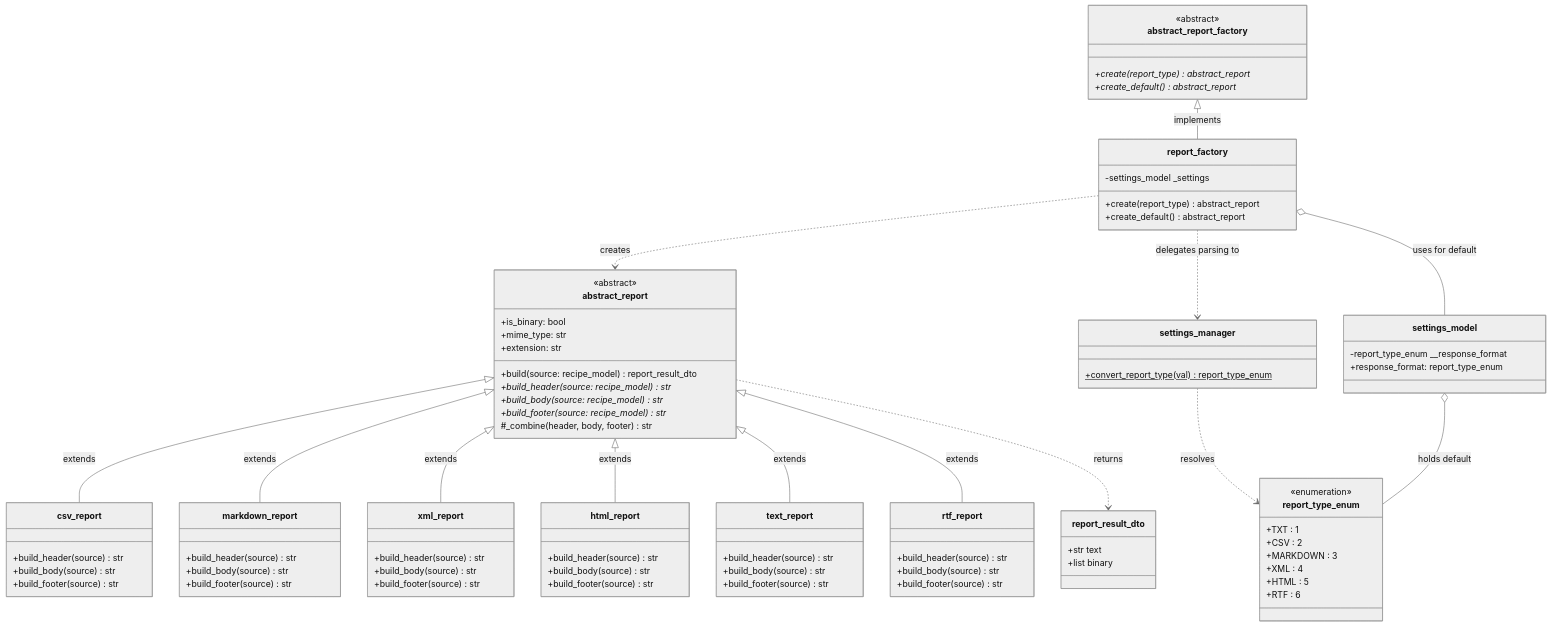
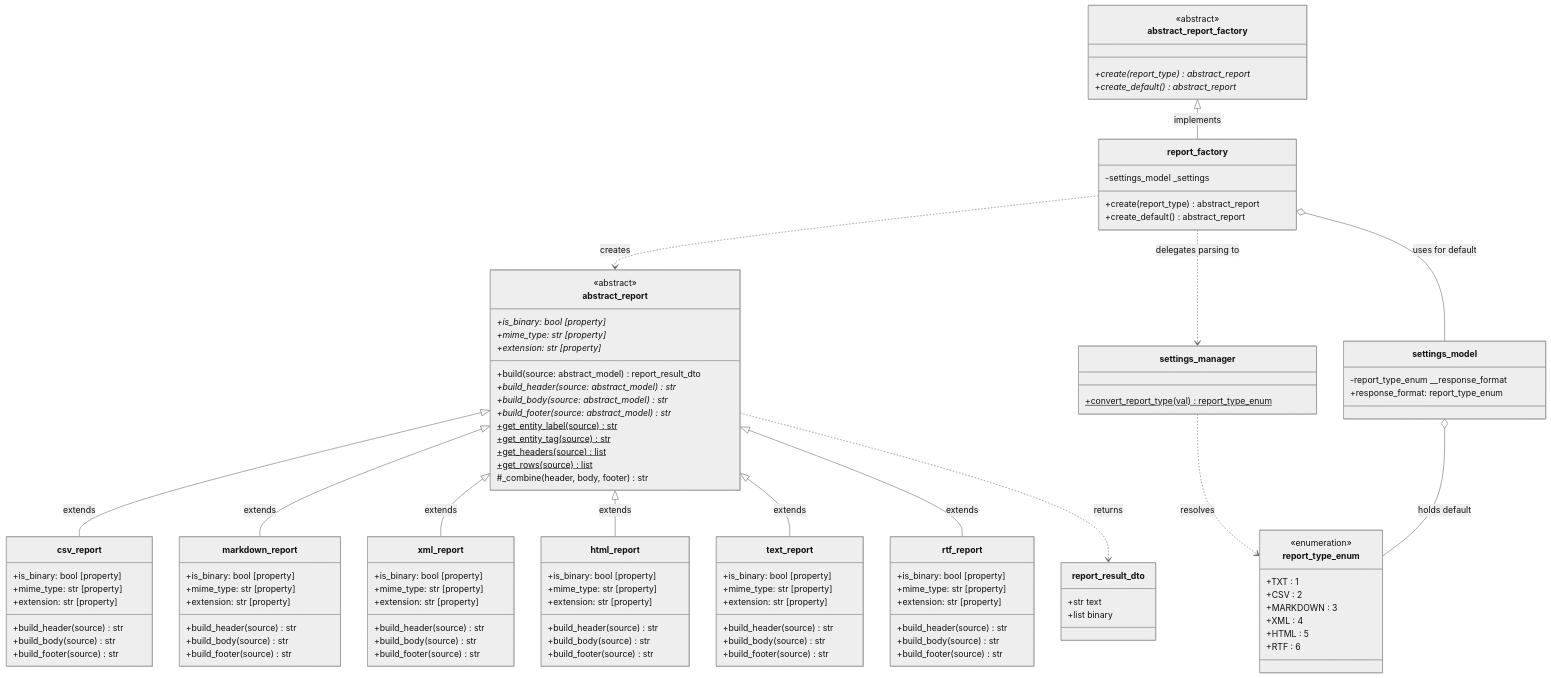
Before and after one commit to Turik06/Patterns_Suleymanov: the first of 2 diagrams in Docs/ReportFactory.md, drawn with Mermaid (neutral theme). The commit also changed other lines of this file and 11 other files, not shown here.

Commit message:
implement universal entity reporting, property-based report attributes, and extended API endpoints

```diff
--- a/Docs/ReportFactory.md
+++ b/Docs/ReportFactory.md
@@ -38,47 +38,69 @@
 
     class abstract_report {
         <<abstract>>
-        +is_binary: bool
-        +mime_type: str
-        +extension: str
-        +build(source: recipe_model) report_result_dto
-        +build_header(source: recipe_model)* str
-        +build_body(source: recipe_model)* str
-        +build_footer(source: recipe_model)* str
+        +is_binary: bool [property]*
+        +mime_type: str [property]*
+        +extension: str [property]*
+        +build(source: abstract_model) report_result_dto
+        +build_header(source: abstract_model)* str
+        +build_body(source: abstract_model)* str
+        +build_footer(source: abstract_model)* str
+        +get_entity_label(source)$ str
+        +get_entity_tag(source)$ str
+        +get_headers(source)$ list
+        +get_rows(source)$ list
         #_combine(header, body, footer) str
     }
 
     class csv_report {
+        +is_binary: bool [property]
+        +mime_type: str [property]
+        +extension: str [property]
         +build_header(source) str
         +build_body(source) str
         +build_footer(source) str
     }
 
     class markdown_report {
+        +is_binary: bool [property]
+        +mime_type: str [property]
+        +extension: str [property]
         +build_header(source) str
         +build_body(source) str
         +build_footer(source) str
     }
 
     class xml_report {
+        +is_binary: bool [property]
+        +mime_type: str [property]
+        +extension: str [property]
         +build_header(source) str
         +build_body(source) str
         +build_footer(source) str
     }
 
     class html_report {
+        +is_binary: bool [property]
+        +mime_type: str [property]
+        +extension: str [property]
         +build_header(source) str
         +build_body(source) str
         +build_footer(source) str
     }
 
     class text_report {
+        +is_binary: bool [property]
+        +mime_type: str [property]
+        +extension: str [property]
         +build_header(source) str
         +build_body(source) str
         +build_footer(source) str
     }
 
     class rtf_report {
+        +is_binary: bool [property]
+        +mime_type: str [property]
+        +extension: str [property]
         +build_header(source) str
         +build_body(source) str
         +build_footer(source) str
```
